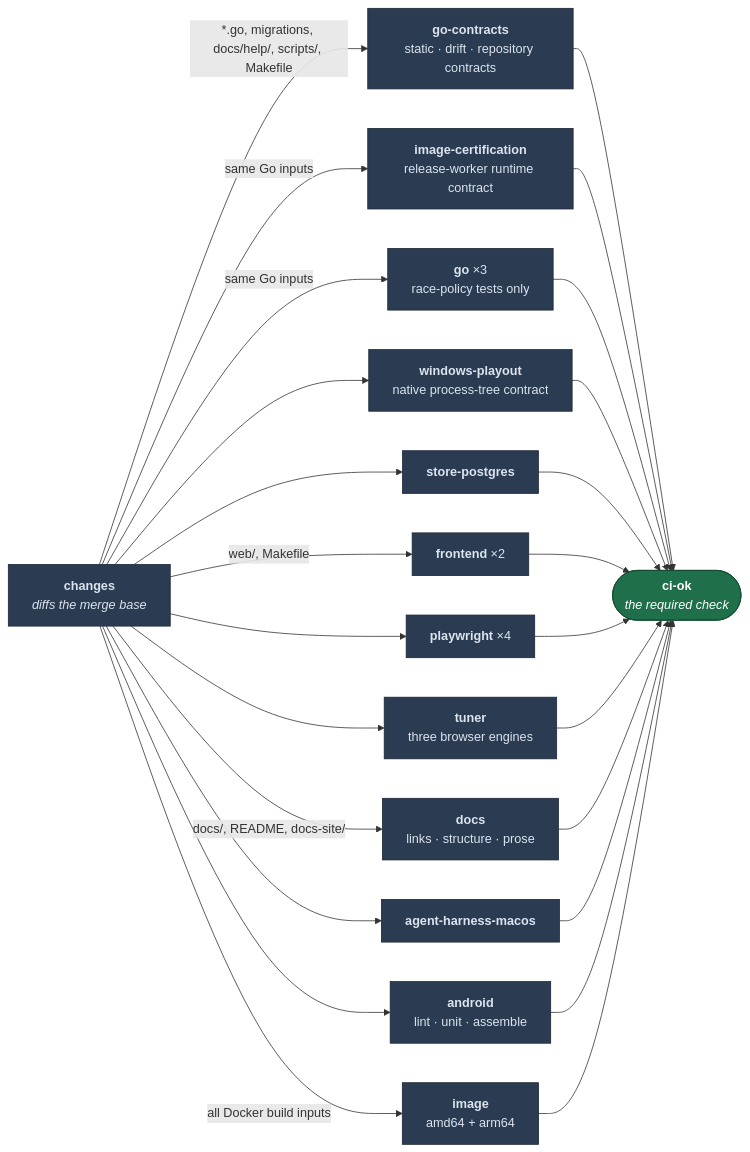
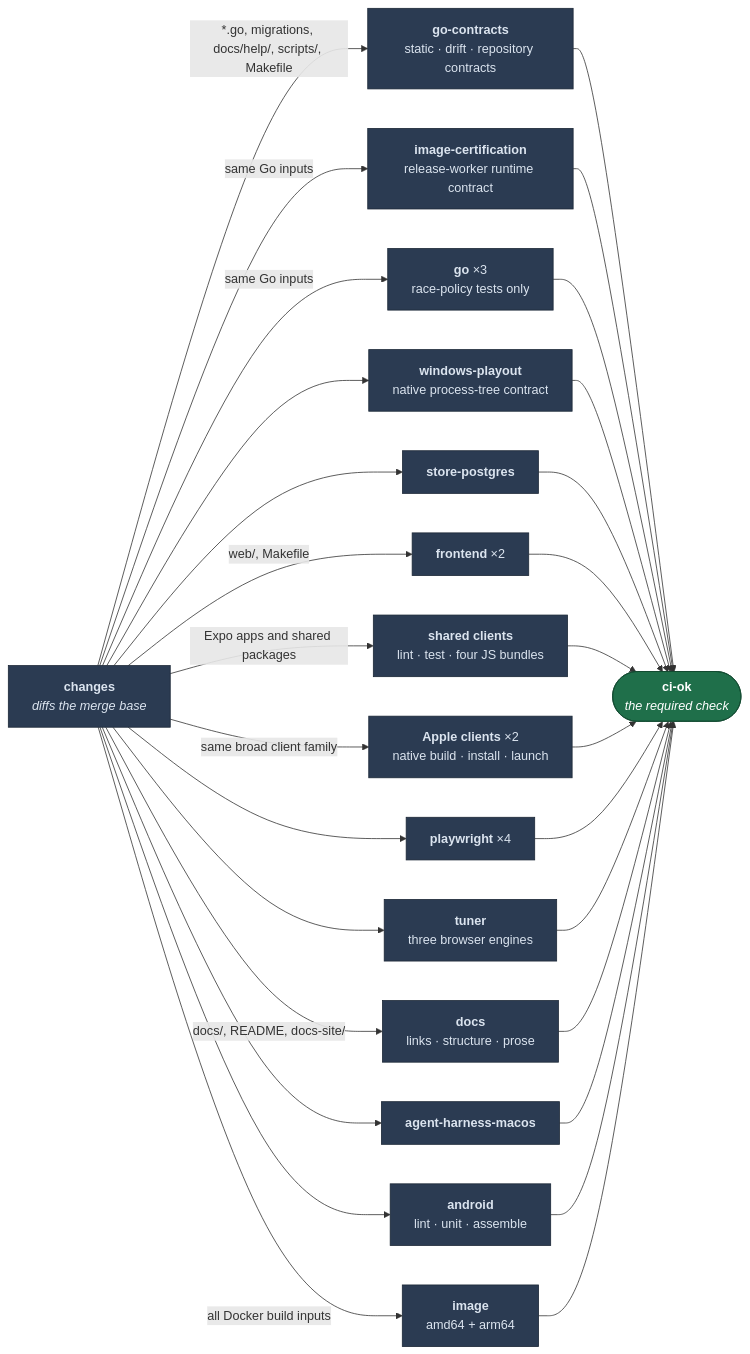
The diagram in docs/dev/ci.md (loomarr/loomarr), drawn with Mermaid before and after one commit. The commit also changed other lines of this file and 11 other files, not shown here.

Commit message:
ci: measure and split native client impact

````diff
--- a/docs/dev/ci.md
+++ b/docs/dev/ci.md
@@ -3,47 +3,53 @@
 ```mermaid
 graph LR
   C["<b>changes</b><br/><i>diffs the merge base</i>"]
   GC["<b>go-contracts</b><br/>static · drift · repository contracts"]
   RC["<b>image-certification</b><br/>release-worker runtime contract"]
   G["<b>go</b> ×3<br/>race-policy tests only"]
   X["<b>windows-playout</b><br/>native process-tree contract"]
   P["<b>store-postgres</b>"]
   F["<b>frontend</b> ×2"]
+  CJS["<b>shared clients</b><br/>lint · test · four JS bundles"]
+  AP["<b>Apple clients</b> ×2<br/>native build · install · launch"]
   W["<b>playwright</b> ×4"]
   T["<b>tuner</b><br/>three browser engines"]
   D["<b>docs</b><br/>links · structure · prose"]
   A["<b>agent-harness-macos</b>"]
   N["<b>android</b><br/>lint · unit · assemble"]
   I["<b>image</b><br/>amd64 + arm64"]
   OK(["<b>ci-ok</b><br/><i>the required check</i>"])
 
   C -->|"*.go, migrations, docs/help/, scripts/, Makefile"| GC
   C -->|"same Go inputs"| G
   C -->|"same Go inputs"| RC
   C --> X
   C --> P
   C -->|"web/, Makefile"| F
+  C -->|"Expo apps and shared packages"| CJS
+  C -->|"same broad client family"| AP
   C --> W
   C --> T
   C -->|"docs/, README, docs-site/"| D
   C --> A
   C --> N
   C -->|"all Docker build inputs"| I
   GC --> OK
   RC --> OK
   G --> OK
   X --> OK
   P --> OK
   F --> OK
+  CJS --> OK
+  AP --> OK
   W --> OK
   T --> OK
   D --> OK
   A --> OK
   N --> OK
   I --> OK
 
   classDef gate fill:#1f6f4a,stroke:#134a31,color:#fff
   classDef job fill:#2b3b52,stroke:#1b2736,color:#dbe4ef
   class OK gate
-  class C,GC,RC,G,X,P,F,W,T,D,A,N,I job
+  class C,GC,RC,G,X,P,F,CJS,AP,W,T,D,A,N,I job
 ```
````
